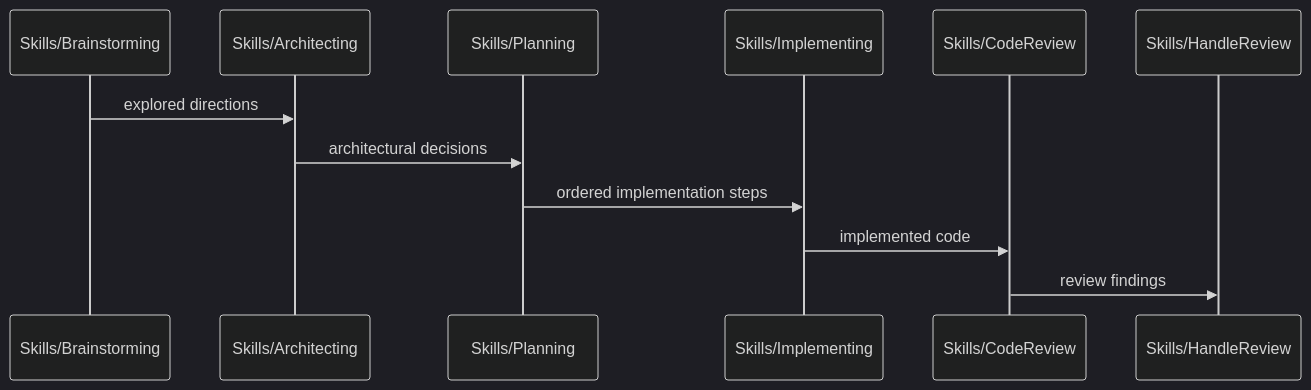
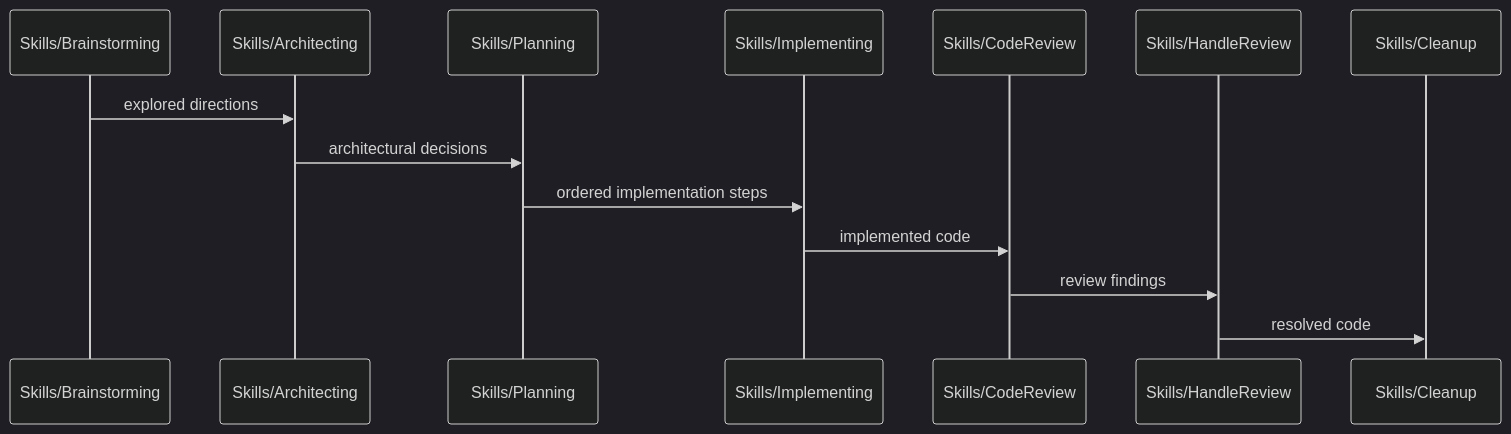
One commit to alennartz/my-pi changed the second of 2 diagrams in codemap.md. Above: the diagram before and after it, drawn with Mermaid (dark theme). The commit also changed other lines of this file and 1 other file, not shown here.

Commit message:
Update codemap for cleanup skill — 7-phase pipeline, decision records, updated sequence diagram

````diff
--- a/codemap.md
+++ b/codemap.md
@@ -18,14 +18,16 @@
 ```mermaid
 sequenceDiagram
   participant B as Skills/Brainstorming
   participant A as Skills/Architecting
   participant P as Skills/Planning
   participant I as Skills/Implementing
   participant CR as Skills/CodeReview
   participant HR as Skills/HandleReview
+  participant CL as Skills/Cleanup
   B->>A: explored directions
   A->>P: architectural decisions
   P->>I: ordered implementation steps
   I->>CR: implemented code
   CR->>HR: review findings
+  HR->>CL: resolved code
 ```
````
